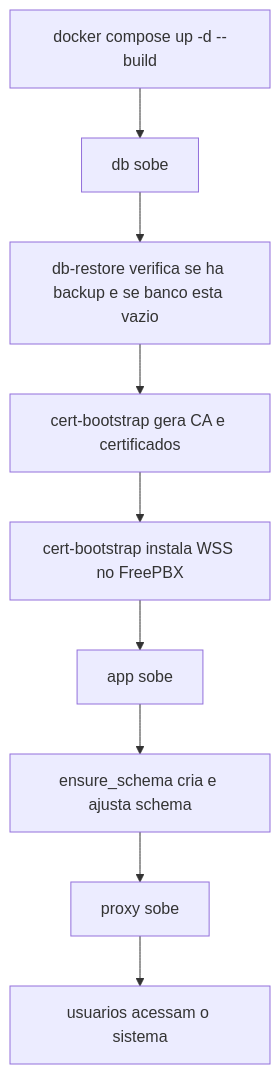
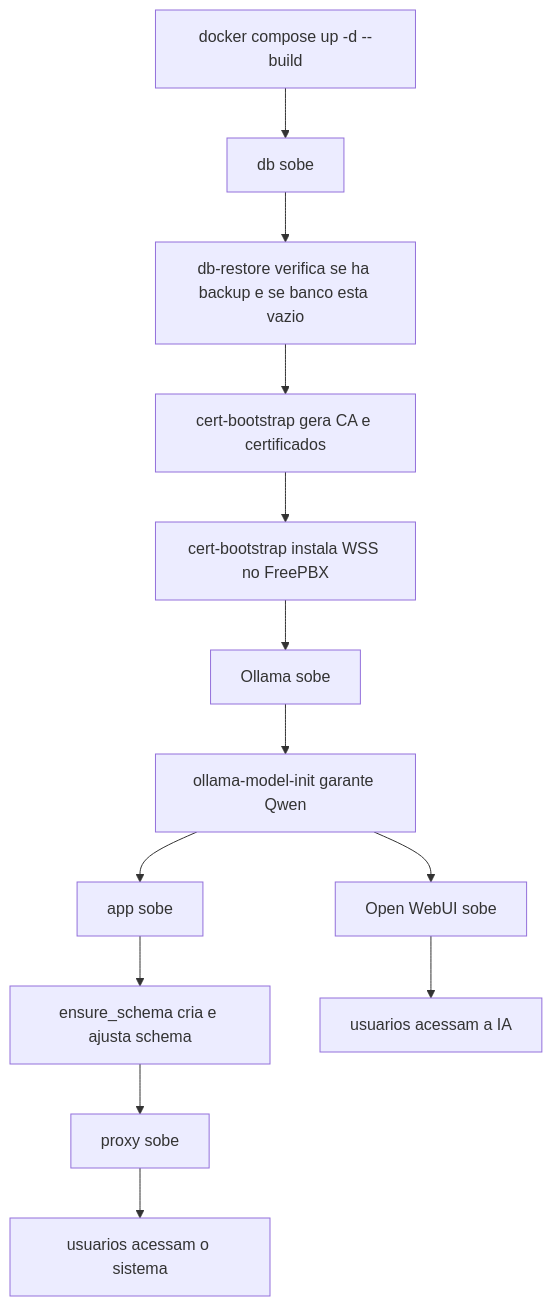
The second of 9 diagrams in apps/riob/source/docs/ARQUITETURA_SISTEMA.md (renansc/NanotechSoft), drawn with Mermaid before and after one commit. The commit also changed other lines of this file and 55 other files, not shown here.

````diff
--- a/apps/riob/source/docs/ARQUITETURA_SISTEMA.md
+++ b/apps/riob/source/docs/ARQUITETURA_SISTEMA.md
@@ -154,11 +178,15 @@
 ```mermaid
 flowchart TD
     A[docker compose up -d --build] --> B[db sobe]
     B --> C[db-restore verifica se ha backup e se banco esta vazio]
     C --> D[cert-bootstrap gera CA e certificados]
     D --> E[cert-bootstrap instala WSS no FreePBX]
-    E --> F[app sobe]
-    F --> G[ensure_schema cria e ajusta schema]
-    G --> H[proxy sobe]
-    H --> I[usuarios acessam o sistema]
+    E --> F[Ollama sobe]
+    F --> G[ollama-model-init garante Qwen]
+    G --> H[Open WebUI sobe]
+    G --> I[app sobe]
+    I --> J[ensure_schema cria e ajusta schema]
+    J --> K[proxy sobe]
+    H --> L[usuarios acessam a IA]
+    K --> M[usuarios acessam o sistema]
 ```
````
